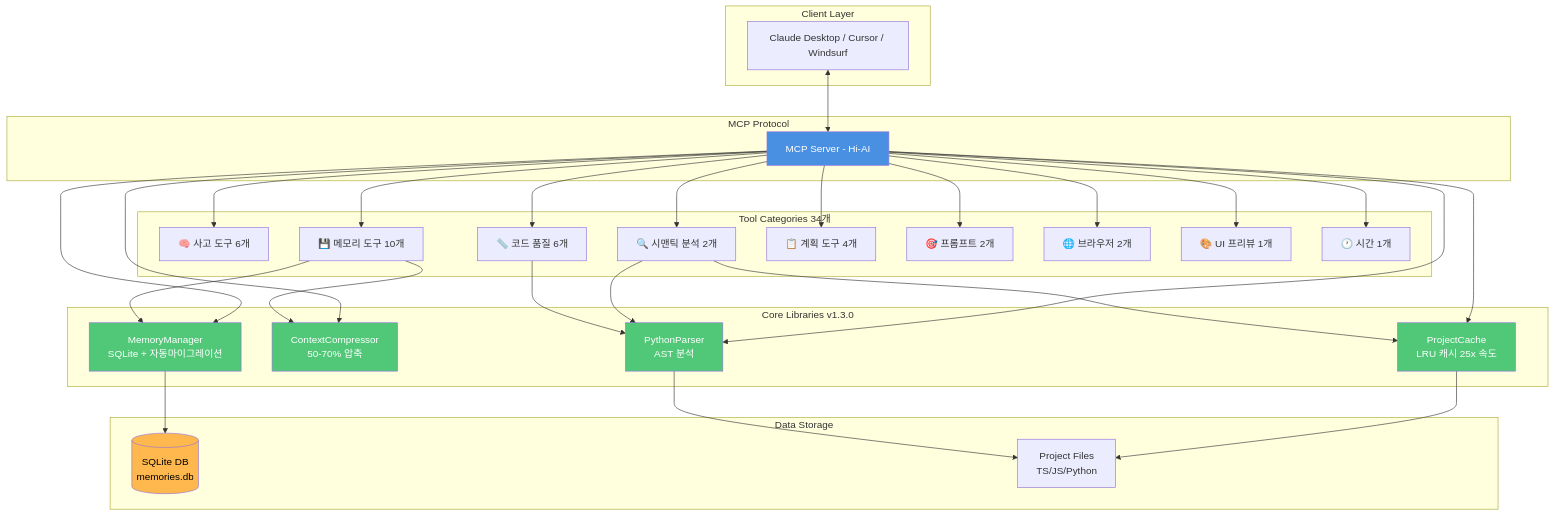
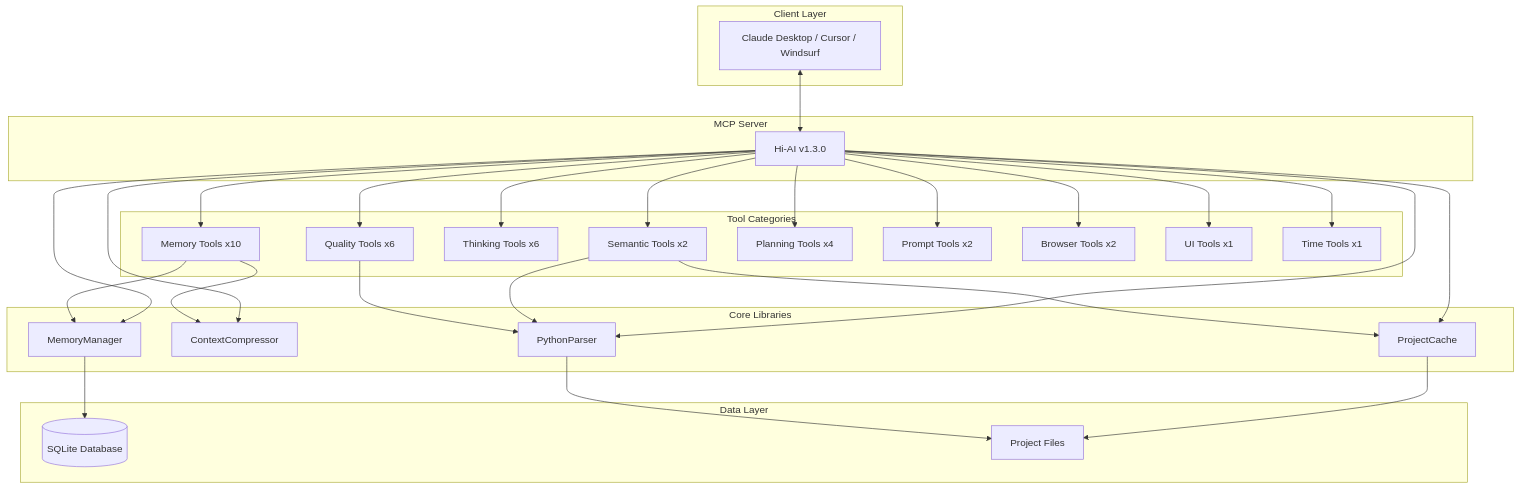
Before and after one commit to su-record/hi-ai: the diagram in README.md, drawn with Mermaid. The commit also changed other lines of this file and 38 other files, not shown here.

````diff
--- a/README.md
+++ b/README.md
@@ -118,51 +321,44 @@
 ```mermaid
 graph TB
     subgraph "Client Layer"
         A[Claude Desktop / Cursor / Windsurf]
     end
 
-    subgraph "MCP Protocol"
-        B[MCP Server - Hi-AI]
+    subgraph "MCP Server"
+        B[Hi-AI v1.3.0]
     end
 
-    subgraph "Core Libraries v1.3.0"
-        C1[MemoryManager<br/>SQLite + 자동마이그레이션]
-        C2[ContextCompressor<br/>50-70% 압축]
-        C3[ProjectCache<br/>LRU 캐시 25x 속도]
-        C4[PythonParser<br/>AST 분석]
+    subgraph "Core Libraries"
+        C1[MemoryManager]
+        C2[ContextCompressor]
+        C3[ProjectCache]
+        C4[PythonParser]
     end
 
-    subgraph "Tool Categories 34개"
-        D1[🧠 사고 도구 6개]
-        D2[💾 메모리 도구 10개]
-        D3[🔍 시맨틱 분석 2개]
-        D4[📏 코드 품질 6개]
-        D5[📋 계획 도구 4개]
-        D6[🎯 프롬프트 2개]
-        D7[🌐 브라우저 2개]
-        D8[🎨 UI 프리뷰 1개]
-        D9[🕐 시간 1개]
+    subgraph "Tool Categories"
+        D1[Memory Tools x10]
+        D2[Semantic Tools x2]
+        D3[Thinking Tools x6]
+        D4[Quality Tools x6]
+        D5[Planning Tools x4]
+        D6[Prompt Tools x2]
+        D7[Browser Tools x2]
+        D8[UI Tools x1]
+        D9[Time Tools x1]
     end
 
-    subgraph "Data Storage"
-        E1[(SQLite DB<br/>memories.db)]
-        E2[Project Files<br/>TS/JS/Python]
+    subgraph "Data Layer"
+        E1[(SQLite Database)]
+        E2[Project Files]
     end
 
     A <--> B
     B --> C1 & C2 & C3 & C4
+    B --> D1 & D2 & D3 & D4 & D5 & D6 & D7 & D8 & D9
     C1 --> E1
     C3 --> E2
     C4 --> E2
-    B --> D1 & D2 & D3 & D4 & D5 & D6 & D7 & D8 & D9
-    D2 --> C1 & C2
-    D3 --> C3 & C4
+    D1 --> C1 & C2
+    D2 --> C3 & C4
     D4 --> C4
-
-    style B fill:#4A90E2,color:#fff
-    style C1 fill:#50C878,color:#fff
-    style C2 fill:#50C878,color:#fff
-    style C3 fill:#50C878,color:#fff
-    style C4 fill:#50C878,color:#fff
-    style E1 fill:#FFB84D,color:#000
 ```
````
